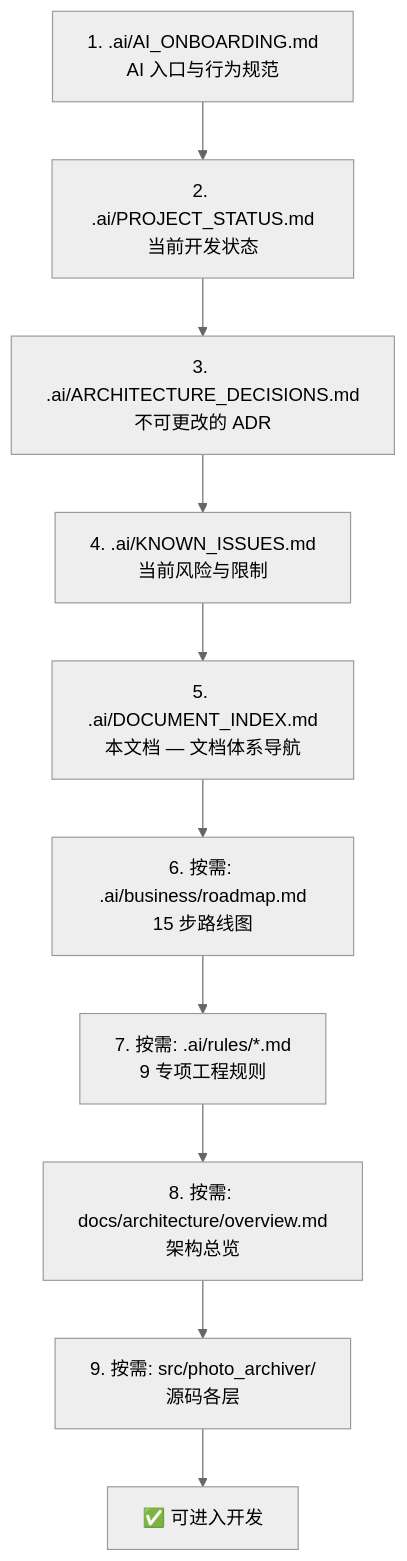
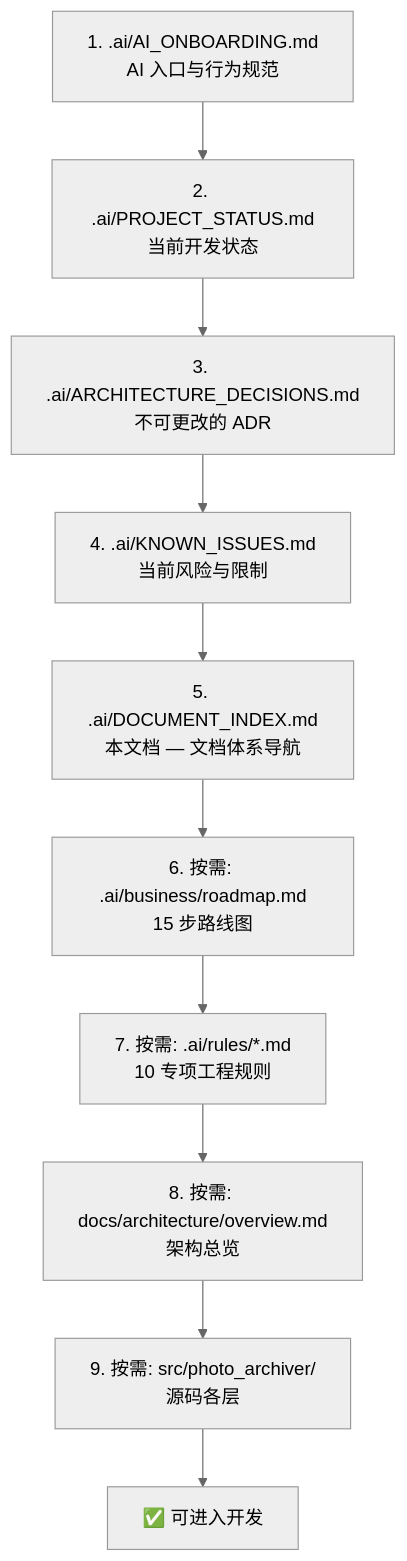
One commit to Rookievegetable/PhotoArchiver changed the diagram in .ai/DOCUMENT_INDEX.md. Above: the diagram before and after it, drawn with Mermaid (neutral theme). The commit also changed other lines of this file, not shown here.

Commit message:
docs(ssot): 0.3 DOCUMENT_INDEX 同步本轮裁决——§3 SSOT 表改业务工作流→roadmap §2/分层图→DEP §2§4/模块职责→ARC §4；§2.2 文件计数 9→10；§1 mermaid 同步

````diff
--- a/.ai/DOCUMENT_INDEX.md
+++ b/.ai/DOCUMENT_INDEX.md
@@ -26,12 +26,12 @@
 ```mermaid
 flowchart TD
     A[1. .ai/AI_ONBOARDING.md<br/>AI 入口与行为规范] --> B[2. .ai/PROJECT_STATUS.md<br/>当前开发状态]
     B --> C[3. .ai/ARCHITECTURE_DECISIONS.md<br/>不可更改的 ADR]
     C --> D[4. .ai/KNOWN_ISSUES.md<br/>当前风险与限制]
     D --> E[5. .ai/DOCUMENT_INDEX.md<br/>本文档 — 文档体系导航]
     E --> F[6. 按需: .ai/business/roadmap.md<br/>15 步路线图]
-    F --> G[7. 按需: .ai/rules/*.md<br/>9 专项工程规则]
+    F --> G[7. 按需: .ai/rules/*.md<br/>10 专项工程规则]
     G --> H[8. 按需: docs/architecture/overview.md<br/>架构总览]
     H --> I[9. 按需: src/photo_archiver/<br/>源码各层]
     I --> J[✅ 可进入开发]
 ```
````
